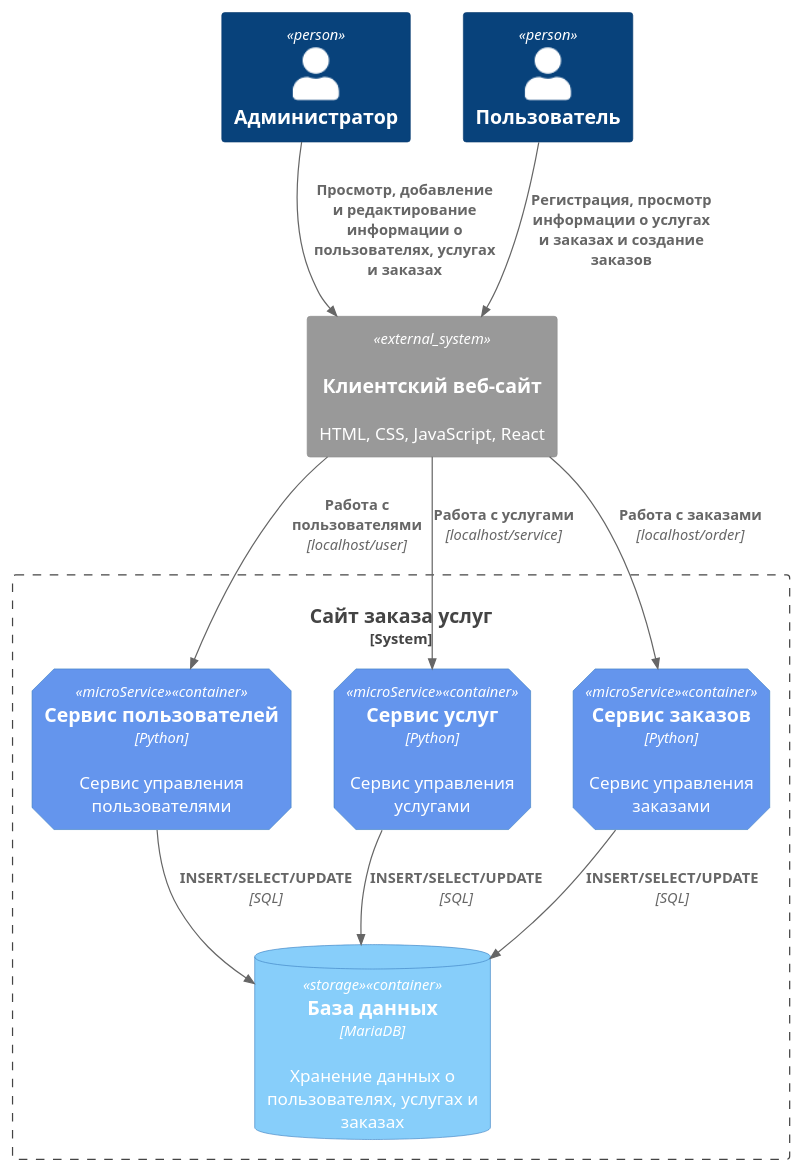
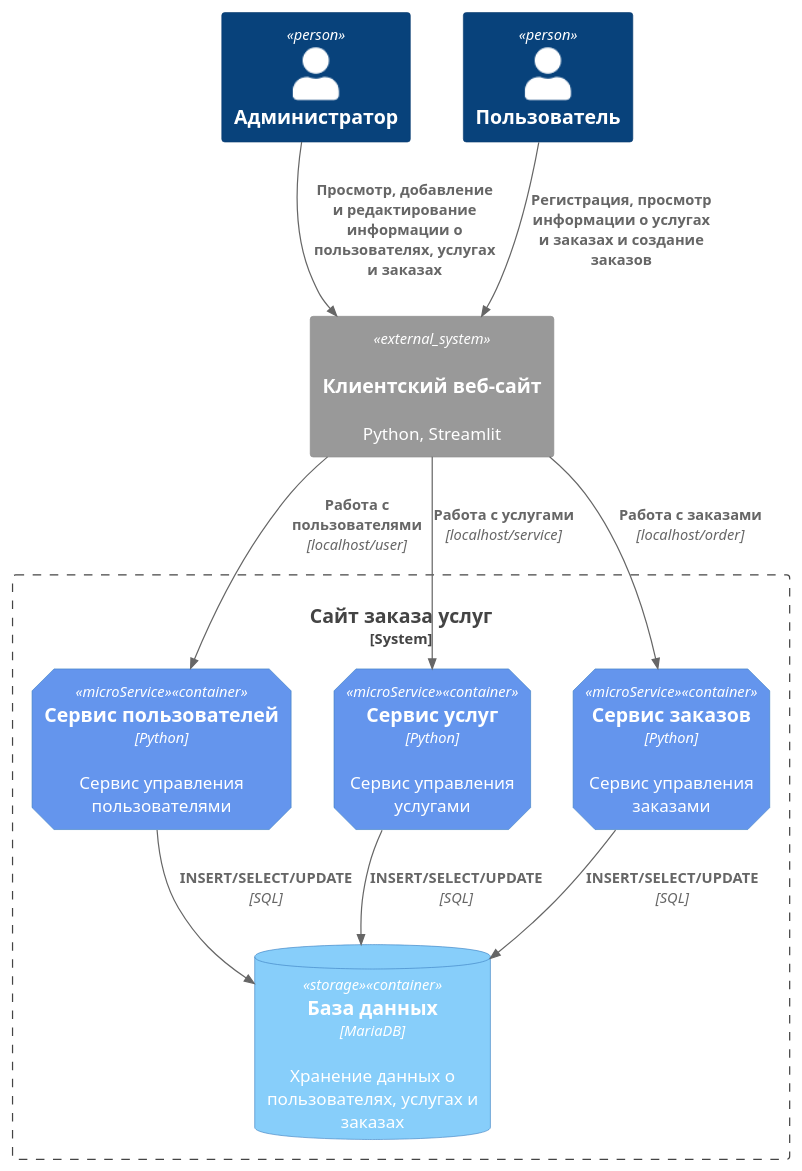
One commit to KoryakovDmitry/hl_mai_lab_01_python changed the diagram in umls/companent_diagram.iuml. Above: the diagram before and after it, drawn with PlantUML.

Commit message:
added diagram and README.md

```diff
--- a/umls/companent_diagram.iuml
+++ b/umls/companent_diagram.iuml
@@ -1,32 +1,32 @@
 @startuml
 !include https://raw.githubusercontent.com/plantuml-stdlib/C4-PlantUML/master/C4_Container.puml
 
 AddElementTag("microService", $shape=EightSidedShape(), $bgColor="CornflowerBlue", $fontColor="white", $legendText="microservice")
 AddElementTag("storage", $shape=RoundedBoxShape(), $bgColor="lightSkyBlue", $fontColor="white")
 
 Person(admin, "Администратор")
 Person(user, "Пользователь")
 
-System_Ext(web_site, "Клиентский веб-сайт", "HTML, CSS, JavaScript, React", "Веб-интерфейс")
+System_Ext(web_site, "Клиентский веб-сайт", "Python, Streamlit", "Веб-интерфейс")
 
 System_Boundary(service_order_site, "Сайт заказа услуг") {
    Container(user_service, "Сервис пользователей", "Python", "Сервис управления пользователями", $tags = "microService")
    Container(service_service, "Сервис услуг", "Python", "Сервис управления услугами", $tags = "microService")
    Container(order_service, "Сервис заказов", "Python", "Сервис управления заказами", $tags = "microService")
    ContainerDb(db, "База данных", "MariaDB", "Хранение данных о пользователях, услугах и заказах", $tags = "storage")
 
 }
 
 Rel(admin, web_site, "Просмотр, добавление и редактирование информации о пользователях, услугах и заказах")
 Rel(user, web_site, "Регистрация, просмотр информации о услугах и заказах и создание заказов")
 
 Rel(web_site, user_service, "Работа с пользователями", "localhost/user")
 Rel(user_service, db, "INSERT/SELECT/UPDATE", "SQL")
 
 Rel(web_site, service_service, "Работа с услугами", "localhost/service")
 Rel(service_service, db, "INSERT/SELECT/UPDATE", "SQL")
 
 Rel(web_site, order_service, "Работа с заказами", "localhost/order")
 Rel(order_service, db, "INSERT/SELECT/UPDATE", "SQL")
 
 @enduml
```
